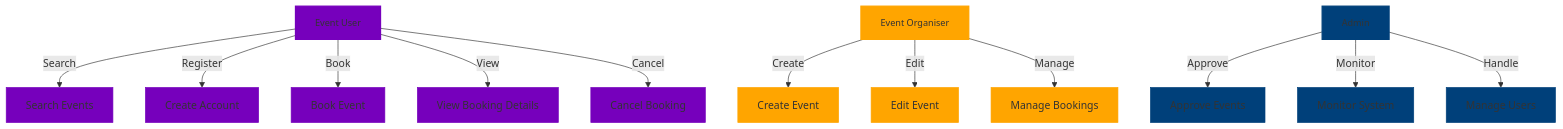
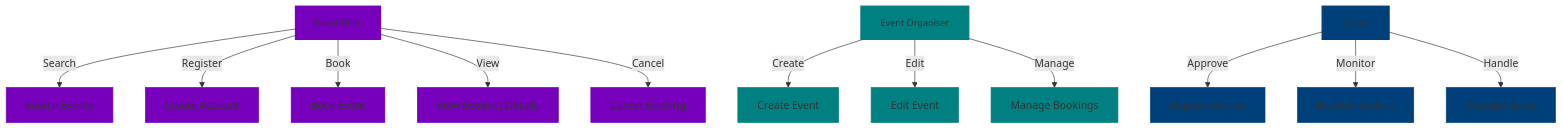
Before and after one commit to celeste-smith/event-booking-system: the diagram in USE-CASE-DIAGRAM.md, drawn with Mermaid.

Commit message:
Update USE-CASE-DIAGRAM.md
9th update

````diff
--- a/USE-CASE-DIAGRAM.md
+++ b/USE-CASE-DIAGRAM.md
@@ -4,35 +4,35 @@
 ```mermaid
 graph TD;
     A[Event User] -->|Search| B[Search Events];
     A -->|Register| C[Create Account];
     A -->|Book| D[Book Event];
     A -->|View| E[View Booking Details];
     A -->|Cancel| F[Cancel Booking];
     
     G[Event Organiser] -->|Create| H[Create Event];
     G -->|Edit| I[Edit Event];
     G -->|Manage| J[Manage Bookings];
     
     K[Admin] -->|Approve| L[Approve Events];
     K -->|Monitor| M[Monitor System];
     K -->|Handle| N[Manage Users];
 
     %% Styling
     style A fill:#7600bc,stroke:#7600bc,stroke-width:2px,font-size:14px;
-    style G fill:#FFA500,stroke:#FFA500,stroke-width:2px,font-size:14px;
+    style G fill:#008080,stroke:#008080,stroke-width:2px,font-size:14px;
     style K fill:#00407a,stroke:#00407a,stroke-width:2px,font-size:14px;
 
     style B fill:#7600bc,stroke:#7600bc;
     style C fill:#7600bc,stroke:#7600bc;
     style D fill:#7600bc,stroke:#7600bc;
     style E fill:#7600bc,stroke:#7600bc;
     style F fill:#7600bc,stroke:#7600bc;
 
-    style H fill:#FFA500,stroke:#FFA500;
-    style I fill:#FFA500,stroke:#FFA500;
-    style J fill:#FFA500,stroke:#FFA500;
+    style H fill:#008080,stroke:#008080;
+    style I fill:#008080,stroke:#008080;
+    style J fill:#008080,stroke:#008080;
 
     style L fill:#00407a,stroke:#00407a;
     style M fill:#00407a,stroke:#00407a;
     style N fill:#00407a,stroke:#00407a;
 ```
````
